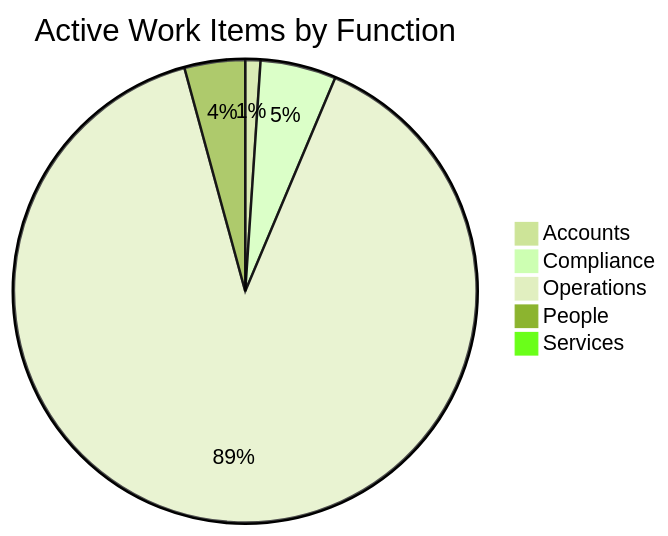
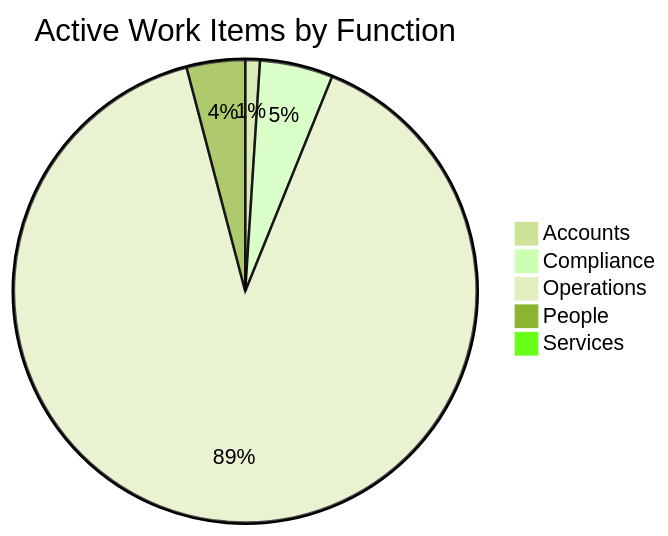
Before and after one commit to mgosal/5et.uk: the first of 3 diagrams in dashboard.md, drawn with Mermaid (forest theme). The commit also changed other lines of this file and 3 other files, not shown here.

````diff
--- a/dashboard.md
+++ b/dashboard.md
@@ -237,8 +249,8 @@
 ```mermaid
 pie title Active Work Items by Function
     "Accounts" : 2
     "Compliance" : 10
-    "Operations" : 169
+    "Operations" : 176
     "People" : 8
     "Services" : 1
 ```
````
